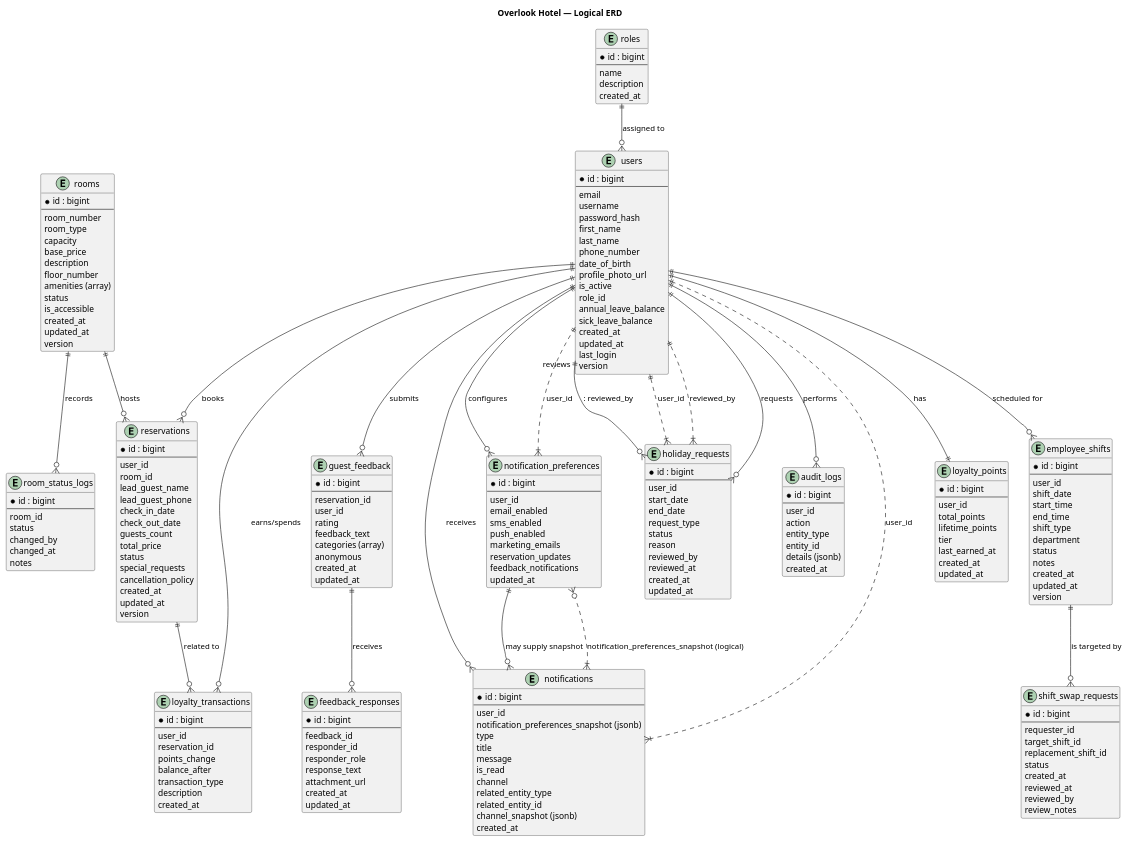
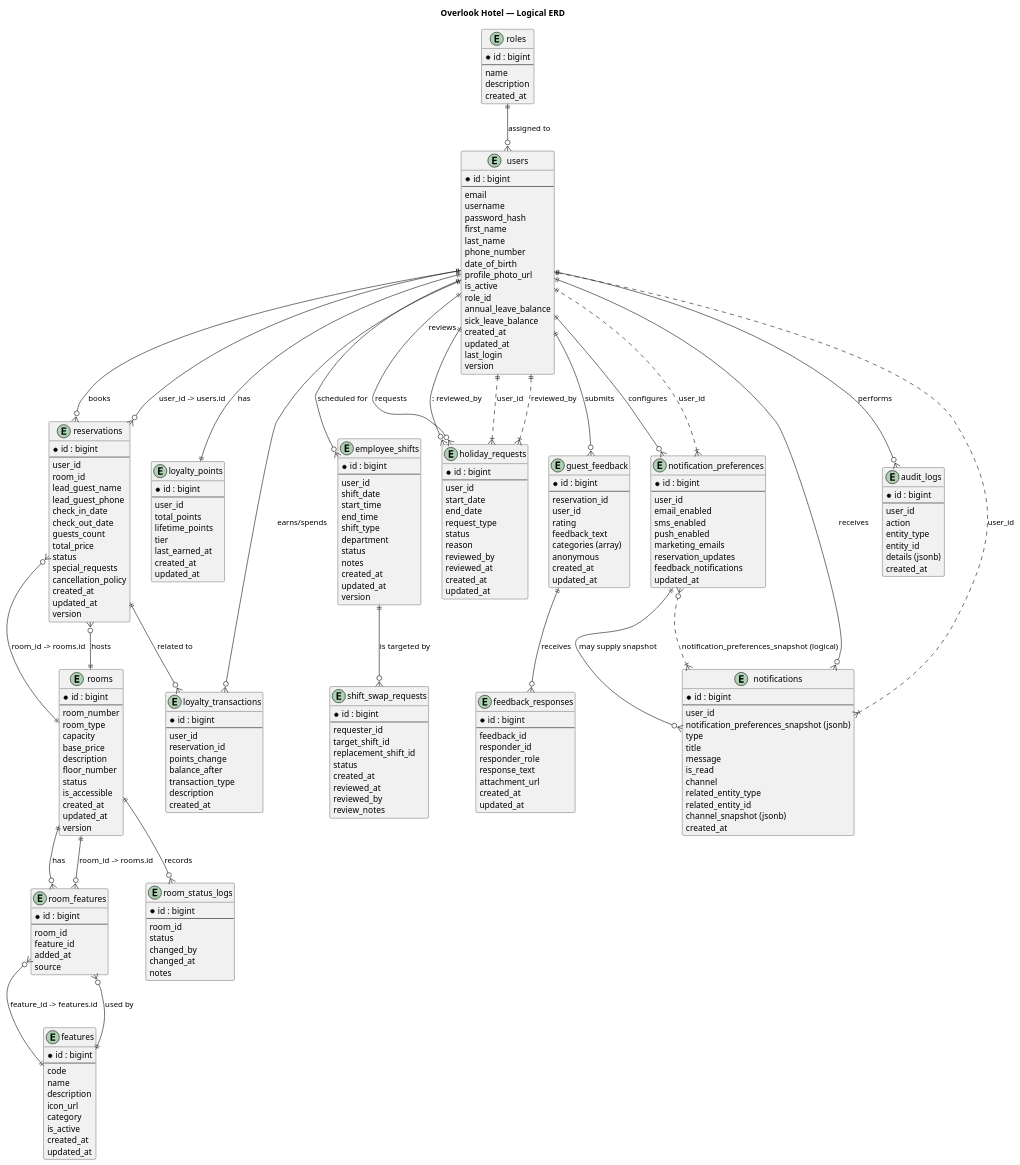
Before and after one commit to jerome-cossu/overlook_hotel: the diagram in overlook_hotel/docs/design/diagrams/logicalERD.puml, drawn with PlantUML. The commit also changed 3 other files, not shown here.

Commit message:
docs: add minimal booking only database design diagrams

```diff
--- a/overlook_hotel/docs/design/diagrams/logicalERD.puml
+++ b/overlook_hotel/docs/design/diagrams/logicalERD.puml
@@ -39,12 +39,33 @@
   base_price
   description
   floor_number
-  amenities (array)
   status
   is_accessible
   created_at
   updated_at
   version
+}
+
+entity "room_features" as room_features {
+  * id : bigint
+  --
+  room_id
+  feature_id
+  added_at
+  source
+}
+
+entity "features" as features {
+  * id : bigint
+  --
+  code
+  name
+  description
+  icon_url
+  category
+  is_active
+  created_at
+  updated_at
 }
 
 entity "reservations" as reservations {
@@ -209,6 +230,7 @@
   created_at
 }
 
+' Relationships
 roles ||--o{ users : "assigned to"
 users ||--o{ reservations : "books"
 rooms ||--o{ reservations : "hosts"
@@ -227,6 +249,16 @@
 users ||--o{ holiday_requests : "requests"
 users ||--o{ holiday_requests : "reviews" : reviewed_by
 
+' Room <-> Features many-to-many via room_features
+rooms ||--o{ room_features : "has"
+features ||--o{ room_features : "used by"
+room_features }o--|| rooms : "room_id -> rooms.id"
+room_features }o--|| features : "feature_id -> features.id"
+
+' Reservation and room explicit FK
+reservations }o--|| users : "user_id -> users.id"
+reservations }o--|| rooms : "room_id -> rooms.id"
+
 ' Specific FKs (visual)
 holiday_requests }|..|| users : "user_id"
 holiday_requests }|..|| users : "reviewed_by"
```
